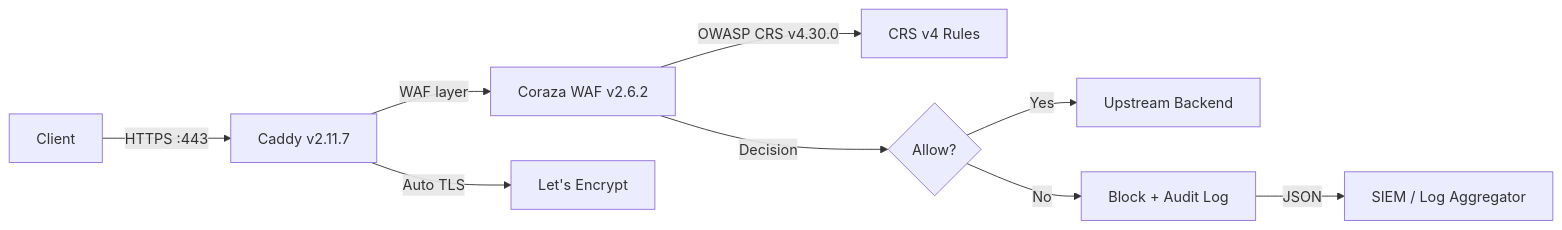
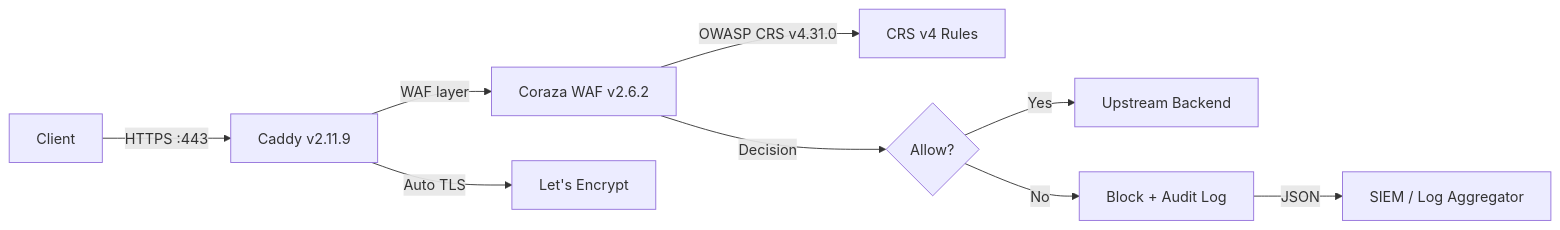
One commit to Developmi/caddy-waf changed the diagram in README.md. Above: the diagram before and after it, drawn with Mermaid. The commit also changed other lines of this file and 10 other files, not shown here.

Commit message:
chore(release): bump caddy-waf to v3.7.1 (CRS v4.31.0 & Caddy digest refresh)

````diff
--- a/README.md
+++ b/README.md
@@ -157,11 +157,11 @@
 ```mermaid
 flowchart LR
-    Client[Client] -->|HTTPS :443| Caddy[Caddy v2.11.7]
+    Client[Client] -->|HTTPS :443| Caddy[Caddy v2.11.9]
     Caddy -->|WAF layer| Coraza[Coraza WAF v2.6.2]
-    Coraza -->|OWASP CRS v4.30.0| Rules[CRS v4 Rules]
+    Coraza -->|OWASP CRS v4.31.0| Rules[CRS v4 Rules]
     Coraza -->|Decision| Action{Allow?}
     Action -->|Yes| Backend[Upstream Backend]
     Action -->|No| Block[Block + Audit Log]
     Block -->|JSON| SIEM[SIEM / Log Aggregator]
     Caddy -->|Auto TLS| LE[Let's Encrypt]
 ```
````
